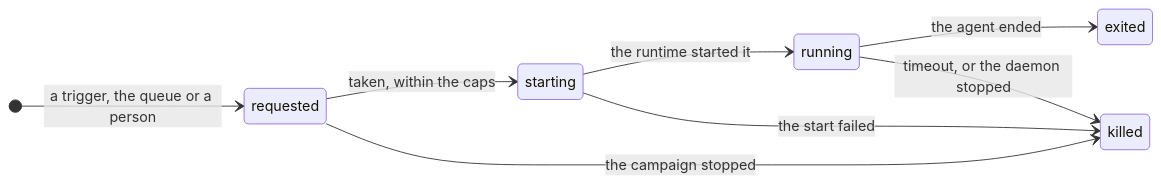
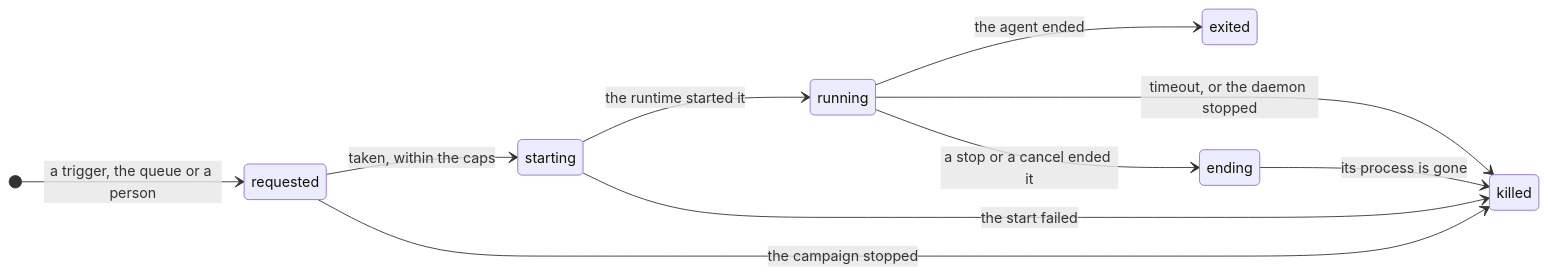
One commit to VatsaDev/piloop changed the third of 4 diagrams in docs/architecture/state-machines.mdx. Above: the diagram before and after it, drawn with Mermaid. The commit also changed other lines of this file and 18 other files, not shown here.

````diff
--- a/docs/architecture/state-machines.mdx
+++ b/docs/architecture/state-machines.mdx
@@ -66,11 +66,13 @@
 ```mermaid
 stateDiagram-v2
     direction LR
     [*] --> requested: a trigger, the queue or a person
     requested --> starting: taken, within the caps
     requested --> killed: the campaign stopped
     starting --> running: the runtime started it
     starting --> killed: the start failed
     running --> exited: the agent ended
     running --> killed: timeout, or the daemon stopped
+    running --> ending: a stop or a cancel ended it
+    ending --> killed: its process is gone
 ```
````
